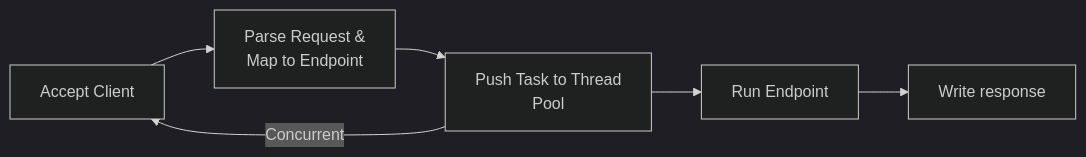
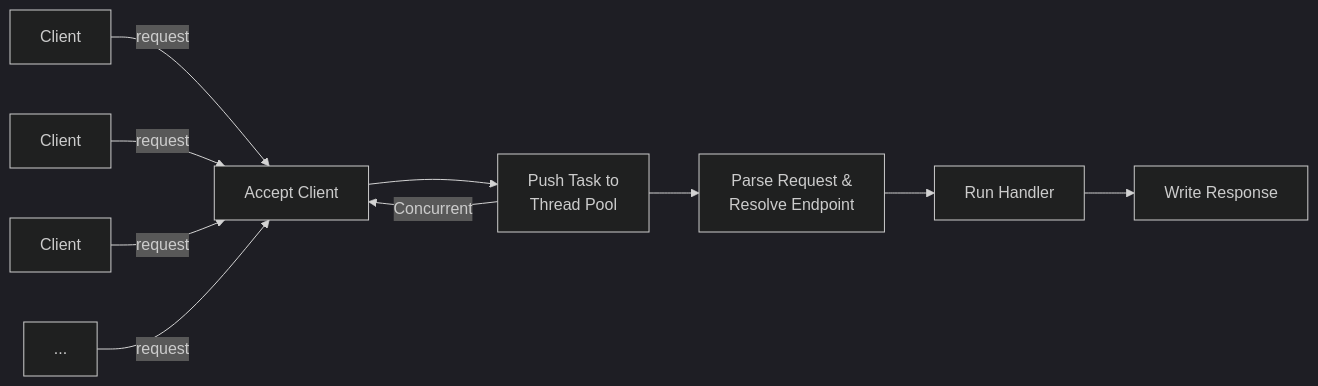
Before and after one commit to IshaySela/lightningPlusPlus: the diagram in README.md, drawn with Mermaid (dark theme).

````diff
--- a/README.md
+++ b/README.md
@@ -42,8 +42,13 @@
 ```mermaid
 graph LR
-    A[Accept Client] --> B[Parse Request &<br>Map to Endpoint]
-    B --> C[Push Task to Thread<br>Pool]
-    C --> D[Run Endpoint]
-    D --> E[Write response]
-    C --> |Concurrent| A
+    Client1[Client] -->|request| A
+    Client2[Client] -->|request| A
+    Client3[Client] -->|request| A
+    Client4[...] -->|request| A
+
+    A[Accept Client] --> B[Push Task to<br>Thread Pool]
+    B --> |Concurrent| A
+    B --> C[Parse Request &<br>Resolve Endpoint]
+    C --> D[Run Handler]
+    D --> E[Write Response]
 ```
````
